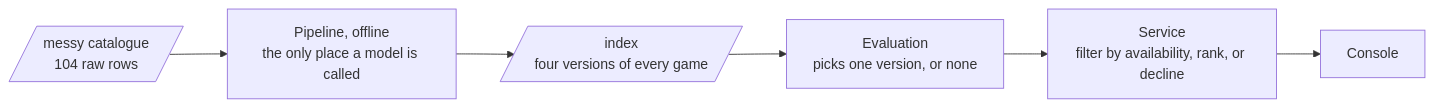
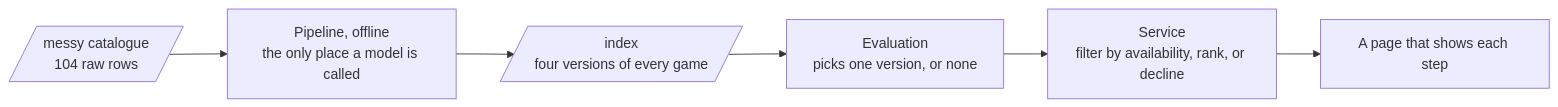
The diagram in README.md (AndriiPasternak31/because-you-played), drawn with Mermaid before and after one commit. The commit also changed other lines of this file and 4 other files, not shown here.

````diff
--- a/README.md
+++ b/README.md
@@ -13,8 +13,8 @@
 ```mermaid
 flowchart LR
   RAW[/"messy catalogue<br/>104 raw rows"/] --> PIPE["Pipeline, offline<br/>the only place a model is called"]
   PIPE --> IDX[/"index<br/>four versions of every game"/]
   IDX --> EVAL["Evaluation<br/>picks one version, or none"]
   EVAL --> SVC["Service<br/>filter by availability, rank, or decline"]
-  SVC --> CON["Console"]
+  SVC --> CON["A page that shows each step"]
 ```
````
